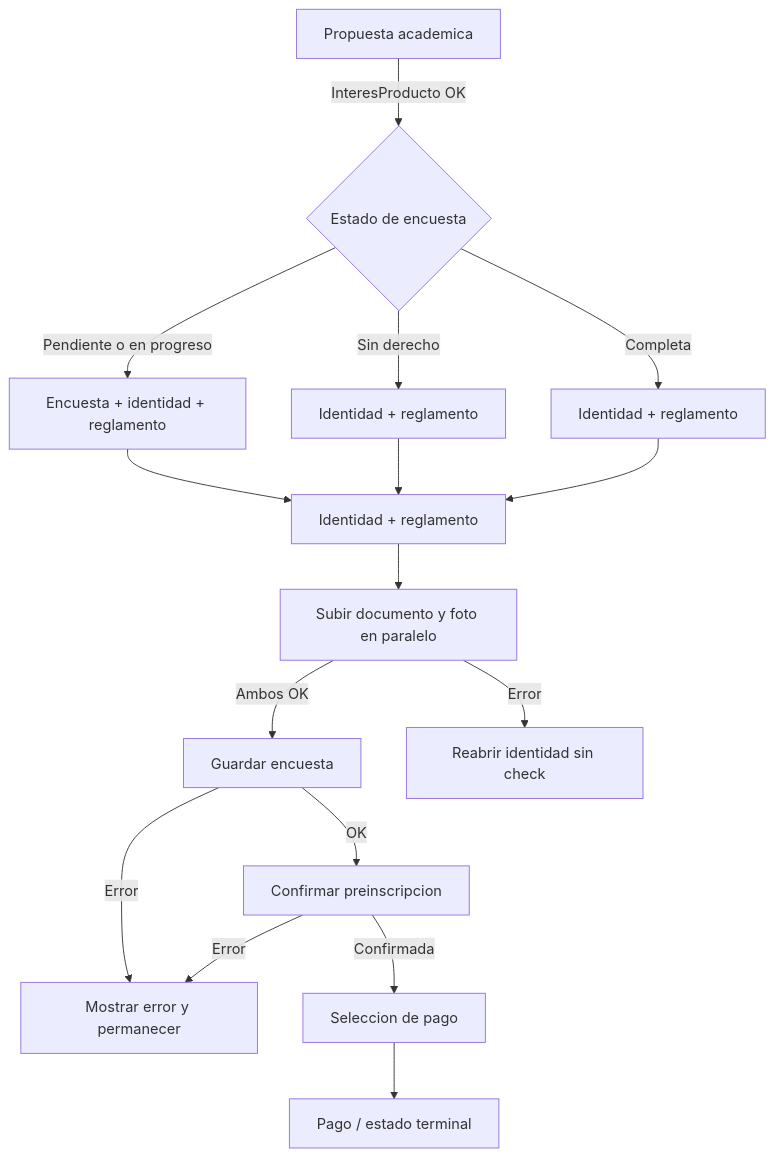
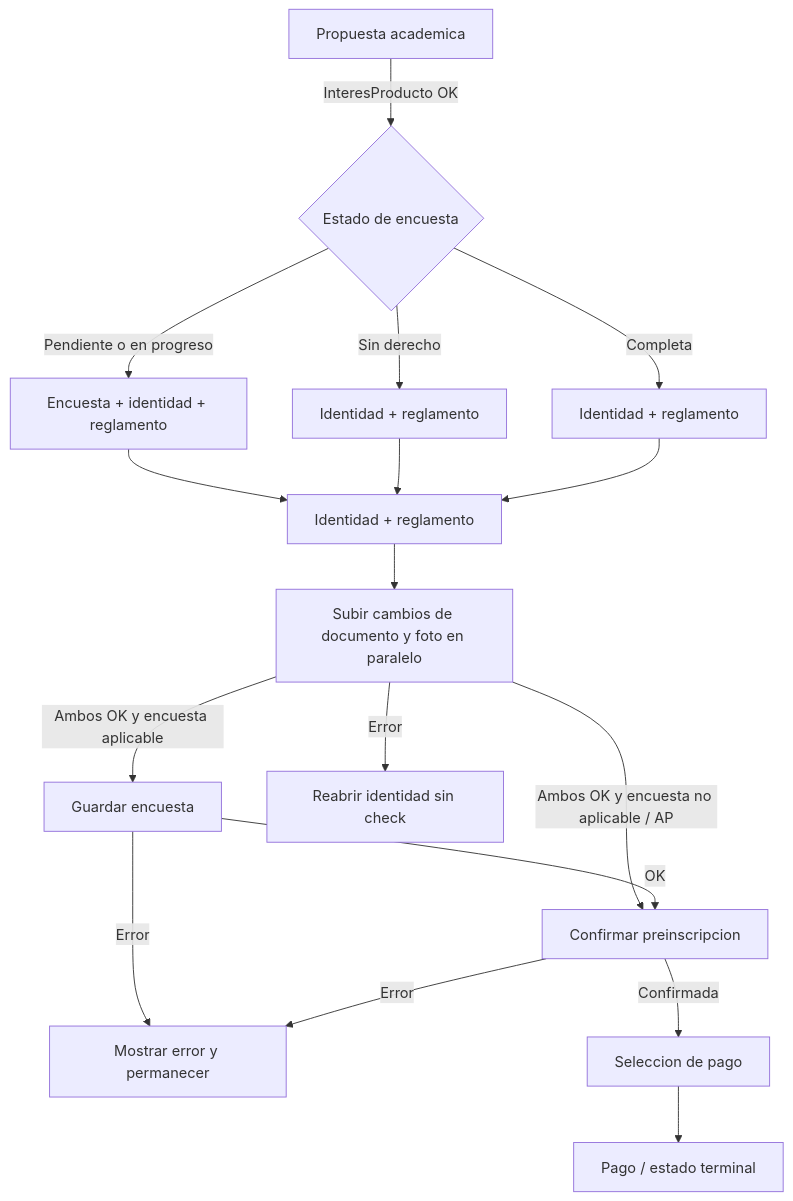
One commit to DesarrolloORT/admisiones-mono changed the first of 2 diagrams in docs/flujos/inscripciones.md. Above: the diagram before and after it, drawn with Mermaid. The commit also changed other lines of this file and 1 other file, not shown here.

````diff
--- a/docs/flujos/inscripciones.md
+++ b/docs/flujos/inscripciones.md
@@ -57,18 +80,19 @@
 ```mermaid
 flowchart TD
   A[Propuesta academica] -->|InteresProducto OK| B{Estado de encuesta}
   B -->|Pendiente o en progreso| C[Encuesta + identidad + reglamento]
   B -->|Sin derecho| D[Identidad + reglamento]
   B -->|Completa| E[Identidad + reglamento]
   C --> F[Identidad + reglamento]
   D --> F
   E --> F
-  F --> G[Subir documento y foto en paralelo]
-  G -->|Ambos OK| H[Guardar encuesta]
+  F --> G[Subir cambios de documento y foto en paralelo]
+  G -->|Ambos OK y encuesta aplicable| H[Guardar encuesta]
+  G -->|Ambos OK y encuesta no aplicable / AP| I
   G -->|Error| M[Reabrir identidad sin check]
   H -->|OK| I[Confirmar preinscripcion]
   H -->|Error| K[Mostrar error y permanecer]
   I -->|Confirmada| J[Seleccion de pago]
   I -->|Error| K[Mostrar error y permanecer]
   J --> L[Pago / estado terminal]
 ```
````
